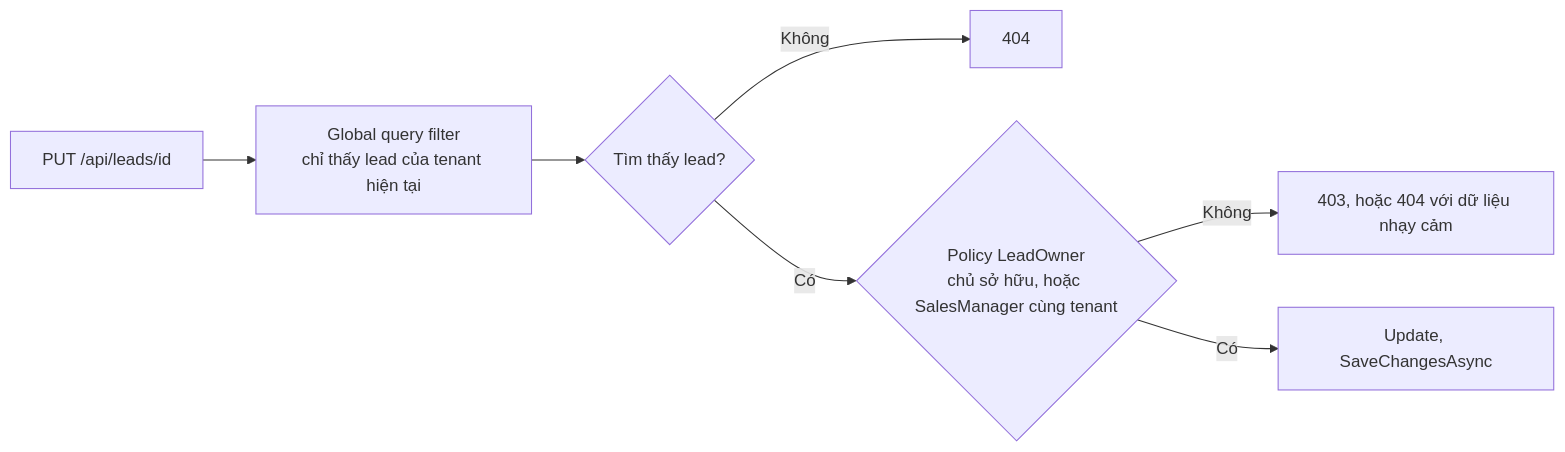
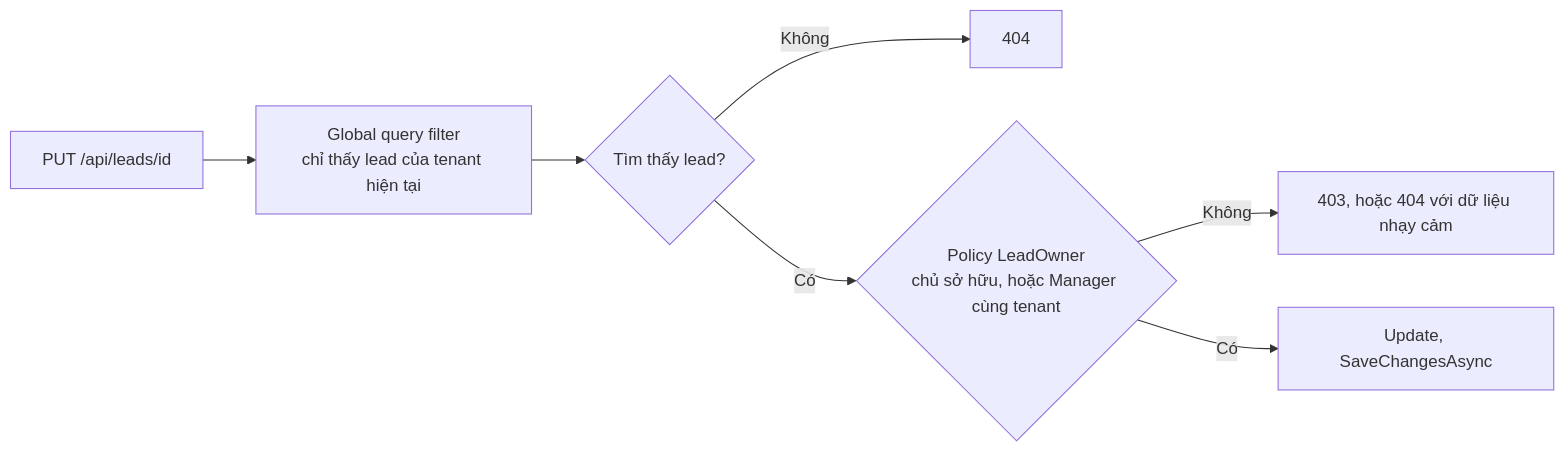
Before and after one commit to TienNHM/dotnet-course: the diagram in lessons/stage-03-aspnet-core-backend/module-10-authentication-authorization/10.13-quick-real-world-example.md, drawn with Mermaid. The commit also changed other lines of this file and 30 other files, not shown here.

````diff
--- a/lessons/stage-03-aspnet-core-backend/module-10-authentication-authorization/10.13-quick-real-world-example.md
+++ b/lessons/stage-03-aspnet-core-backend/module-10-authentication-authorization/10.13-quick-real-world-example.md
@@ -172,9 +225,9 @@
 ```mermaid
 flowchart LR
     R["PUT /api/leads/id"] --> Q["Global query filter<br/>chỉ thấy lead của tenant hiện tại"]
     Q --> N{"Tìm thấy lead?"}
     N -->|"Không"| NF["404"]
-    N -->|"Có"| P{"Policy LeadOwner<br/>chủ sở hữu, hoặc SalesManager cùng tenant"}
+    N -->|"Có"| P{"Policy LeadOwner<br/>chủ sở hữu, hoặc Manager cùng tenant"}
     P -->|"Không"| D["403, hoặc 404 với dữ liệu nhạy cảm"]
     P -->|"Có"| U["Update, SaveChangesAsync"]
 ```
````
